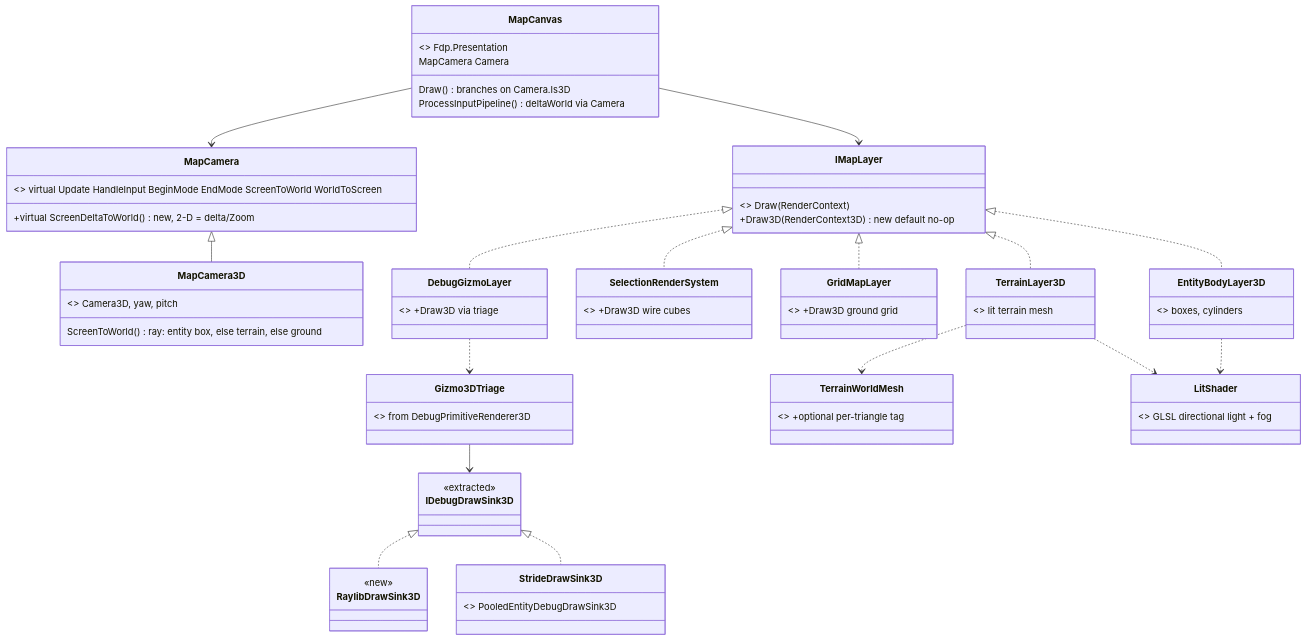
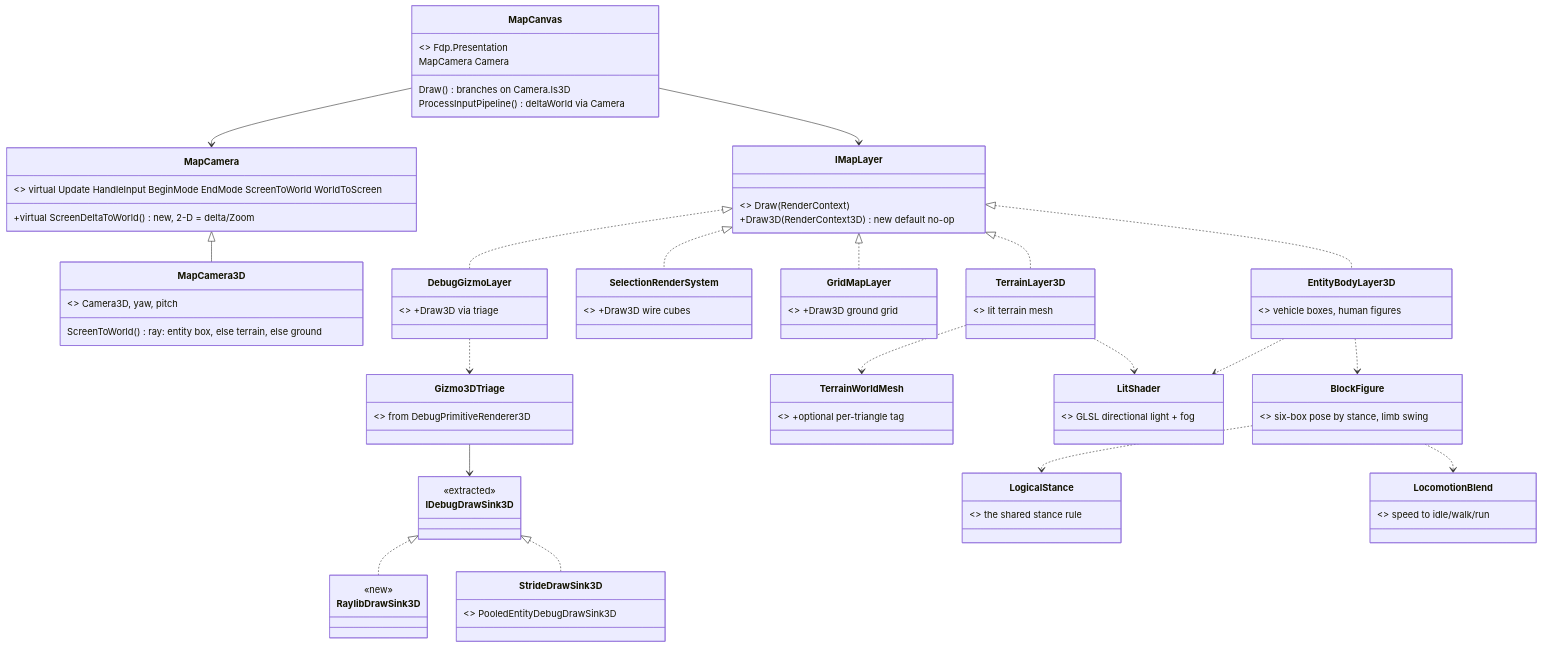
The second of 5 diagrams in docs/DESIGN_Map_3D_Mode.md (pjanec/HROT), drawn with Mermaid before and after one commit. The commit also changed other lines of this file and 1 other file, not shown here.

First line of the commit message:
design(CE-1033): 3-D map — humans as Minecraft-style block figures (U14)

````diff
--- a/docs/DESIGN_Map_3D_Mode.md
+++ b/docs/DESIGN_Map_3D_Mode.md
@@ -113,47 +114,53 @@
 ```mermaid
 classDiagram
   class MapCanvas {
     <<exists, 2 edits>> Fdp.Presentation
     MapCamera Camera
     Draw()  branches on Camera.Is3D
     ProcessInputPipeline()  deltaWorld via Camera
   }
   class MapCamera {
     <<exists>> virtual Update HandleInput BeginMode EndMode ScreenToWorld WorldToScreen
     +virtual ScreenDeltaToWorld()  new, 2-D = delta/Zoom
   }
   class MapCamera3D {
     <<new>> Camera3D, yaw, pitch
     ScreenToWorld()  ray: entity box, else terrain, else ground
   }
   class IMapLayer {
     <<exists>> Draw(RenderContext)
     +Draw3D(RenderContext3D)  new default no-op
   }
   class DebugGizmoLayer { <<exists>> +Draw3D via triage }
   class SelectionRenderSystem { <<exists>> +Draw3D wire cubes }
   class GridMapLayer { <<exists>> +Draw3D ground grid }
   class TerrainLayer3D { <<new>> lit terrain mesh }
-  class EntityBodyLayer3D { <<new>> boxes, cylinders }
+  class EntityBodyLayer3D { <<new>> vehicle boxes, human figures }
+  class BlockFigure { <<new>> six-box pose by stance, limb swing }
+  class LogicalStance { <<exists>> the shared stance rule }
+  class LocomotionBlend { <<extracted>> speed to idle/walk/run }
   class Gizmo3DTriage { <<extracted>> from DebugPrimitiveRenderer3D }
   class IDebugDrawSink3D { <<extracted>> }
   class RaylibDrawSink3D { <<new>> }
   class StrideDrawSink3D { <<exists>> PooledEntityDebugDrawSink3D }
   class TerrainWorldMesh { <<exists>> +optional per-triangle tag }
   class LitShader { <<new>> GLSL directional light + fog }
   MapCamera <|-- MapCamera3D
   MapCanvas --> MapCamera
   MapCanvas --> IMapLayer
   IMapLayer <|.. DebugGizmoLayer
   IMapLayer <|.. SelectionRenderSystem
   IMapLayer <|.. GridMapLayer
   IMapLayer <|.. TerrainLayer3D
   IMapLayer <|.. EntityBodyLayer3D
   DebugGizmoLayer ..> Gizmo3DTriage
   Gizmo3DTriage --> IDebugDrawSink3D
   IDebugDrawSink3D <|.. RaylibDrawSink3D
   IDebugDrawSink3D <|.. StrideDrawSink3D
   TerrainLayer3D ..> TerrainWorldMesh
   TerrainLayer3D ..> LitShader
   EntityBodyLayer3D ..> LitShader
+  EntityBodyLayer3D ..> BlockFigure
+  BlockFigure ..> LogicalStance
+  BlockFigure ..> LocomotionBlend
 ```
````
